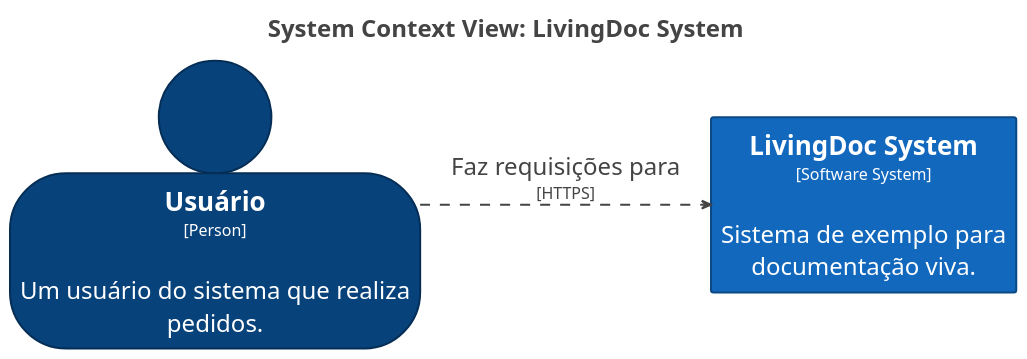
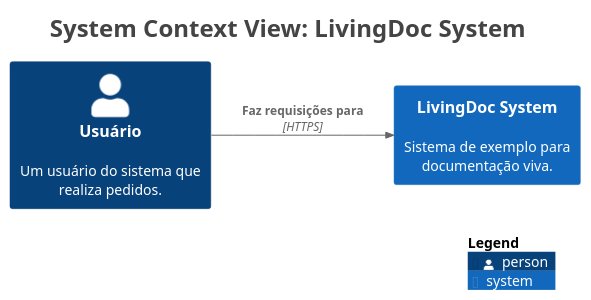
Before and after one commit to brunomenzdev/poc-arquitetura-automatizada: the diagram in docs/diagrams/structurizr-SystemContext.puml, drawn with PlantUML. The commit also changed 12 other files, not shown here.

```diff
--- a/docs/diagrams/structurizr-SystemContext.puml
+++ b/docs/diagrams/structurizr-SystemContext.puml
@@ -1,54 +1,24 @@
 @startuml
 title <size:24>System Context View: LivingDoc System</size>
 
 set separator none
 left to right direction
-skinparam ranksep 60
-skinparam nodesep 30
-hide stereotype
 
 <style>
   root {
-    BackgroundColor: #ffffff;
-    FontColor: #444444;
-  }
-  // Element,Person
-  .Element-RWxlbWVudCxQZXJzb24= {
-    BackgroundColor: #08427b;
-    LineColor: #052e56;
-    LineStyle: 0;
-    LineThickness: 2;
-    FontColor: #ffffff;
-    FontSize: 24;
-    HorizontalAlignment: center;
-    Shadowing: 0;
-    MaximumWidth: 450;
-  }
-  // Element,Software System
-  .Element-RWxlbWVudCxTb2Z0d2FyZSBTeXN0ZW0= {
-    BackgroundColor: #1168bd;
-    LineColor: #0b4884;
-    LineStyle: 0;
-    LineThickness: 2;
-    FontColor: #ffffff;
-    FontSize: 24;
-    HorizontalAlignment: center;
-    Shadowing: 0;
-    MaximumWidth: 450;
-  }
-  // Relationship
-  .Relationship-UmVsYXRpb25zaGlw {
-    LineThickness: 2;
-    LineStyle: 10-10;
-    LineColor: #444444;
-    FontColor: #444444;
-    FontSize: 24;
+    BackgroundColor: #ffffff
+    FontColor: #444444
   }
 </style>
 
-person "==Usuário\n<size:16>[Person]</size>\n\nUm usuário do sistema que realiza pedidos." <<Element-RWxlbWVudCxQZXJzb24=>> as Usuário
-rectangle "==LivingDoc System\n<size:16>[Software System]</size>\n\nSistema de exemplo para documentação viva." <<Element-RWxlbWVudCxTb2Z0d2FyZSBTeXN0ZW0=>> as LivingDocSystem
+!include <C4/C4>
+!include <C4/C4_Context>
 
-Usuário --> LivingDocSystem <<Relationship-UmVsYXRpb25zaGlw>> : "Faz requisições para\n<size:16>[HTTPS]</size>"
+Person(Usuário, "Usuário", $descr="Um usuário do sistema que realiza pedidos.", $tags="", $link="")
+System(LivingDocSystem, "LivingDoc System", $descr="Sistema de exemplo para documentação viva.", $tags="", $link="")
 
+Rel(Usuário, LivingDocSystem, "Faz requisições para", $techn="HTTPS", $tags="", $link="")
+
+SHOW_LEGEND(true)
+hide stereotypes
 @enduml
```
